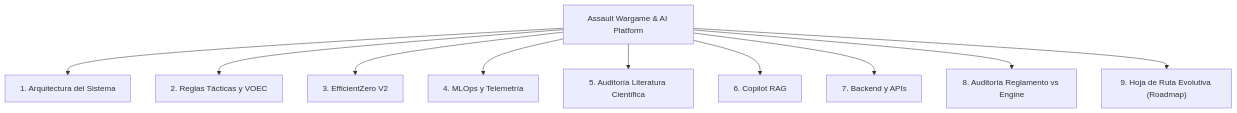
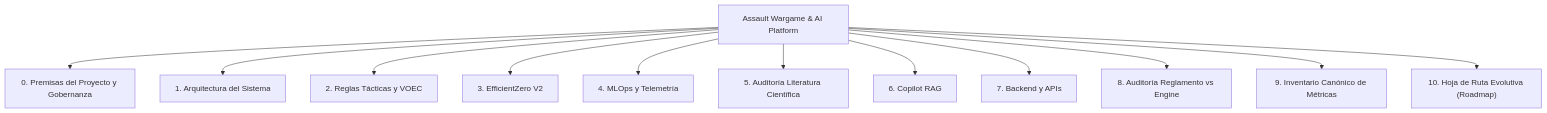
The diagram in docs/index.md (richardcc/assault-ai-pilot), drawn with Mermaid before and after one commit. The commit also changed other lines of this file and 12 other files, not shown here.

````diff
--- a/docs/index.md
+++ b/docs/index.md
@@ -12,24 +12,28 @@
 ```mermaid
 graph TD
     ROOT["Assault Wargame & AI Platform"]
     
+    C0["0. Premisas del Proyecto y Gobernanza"]
     C1["1. Arquitectura del Sistema"]
     C2["2. Reglas Tácticas y VOEC"]
     C3["3. EfficientZero V2"]
     C4["4. MLOps y Telemetría"]
     C5["5. Auditoría Literatura Científica"]
     C6["6. Copilot RAG"]
     C7["7. Backend y APIs"]
     C8["8. Auditoría Reglamento vs Engine"]
-    C9["9. Hoja de Ruta Evolutiva (Roadmap)"]
+    C13["9. Inventario Canónico de Métricas"]
+    C9["10. Hoja de Ruta Evolutiva (Roadmap)"]
     
+    ROOT --> C0
     ROOT --> C1
     ROOT --> C2
     ROOT --> C3
     ROOT --> C4
     ROOT --> C5
     ROOT --> C6
     ROOT --> C7
     ROOT --> C8
+    ROOT --> C13
     ROOT --> C9
 ```
````
